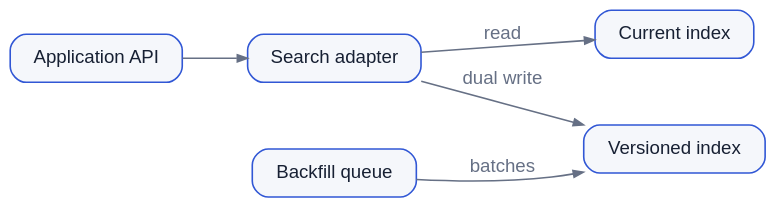
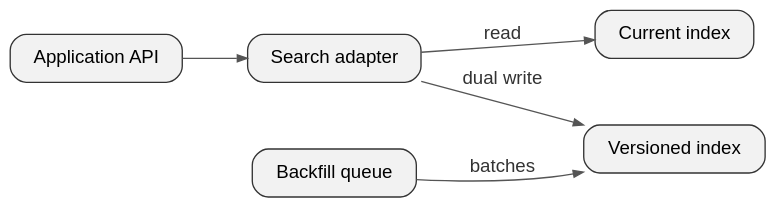
The diagram in examples/diagrams/architecture.dot (drdreo/texlr), drawn with Graphviz before and after one commit. The commit also changed 5 other files, not shown here.

```diff
--- a/examples/diagrams/architecture.dot
+++ b/examples/diagrams/architecture.dot
@@ -1,16 +1,16 @@
 digraph Architecture {
   graph [bgcolor="transparent", rankdir=LR, pad=0.2, nodesep=0.45, ranksep=0.65];
-  node [shape=box, style="rounded,filled", fontname="Helvetica", color="#3157D5", fillcolor="#F5F7FB", fontcolor="#172033", penwidth=1.2, margin="0.16,0.10"];
-  edge [color="#667085", penwidth=1.2, arrowsize=0.75];
+  node [shape=box, style="rounded,filled", fontname="Helvetica", color="#333333", fillcolor="#F2F2F2", fontcolor="#000000", penwidth=1.0, margin="0.16,0.10"];
+  edge [color="#555555", penwidth=1.0, arrowsize=0.75];
 
   api [label="Application API"];
   adapter [label="Search adapter"];
   queue [label="Backfill queue"];
   current [label="Current index"];
   next [label="Versioned index"];
 
   api -> adapter;
-  adapter -> current [label=" read", fontname="Helvetica", fontcolor="#667085"];
-  adapter -> next [label=" dual write", fontname="Helvetica", fontcolor="#667085"];
-  queue -> next [label=" batches", fontname="Helvetica", fontcolor="#667085"];
+  adapter -> current [label=" read", fontname="Helvetica", fontcolor="#333333"];
+  adapter -> next [label=" dual write", fontname="Helvetica", fontcolor="#333333"];
+  queue -> next [label=" batches", fontname="Helvetica", fontcolor="#333333"];
 }
```
